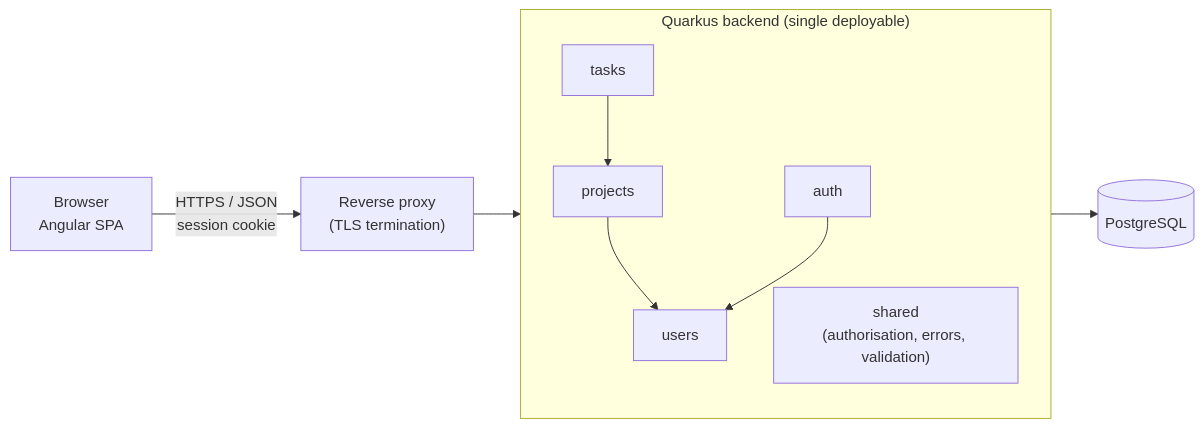
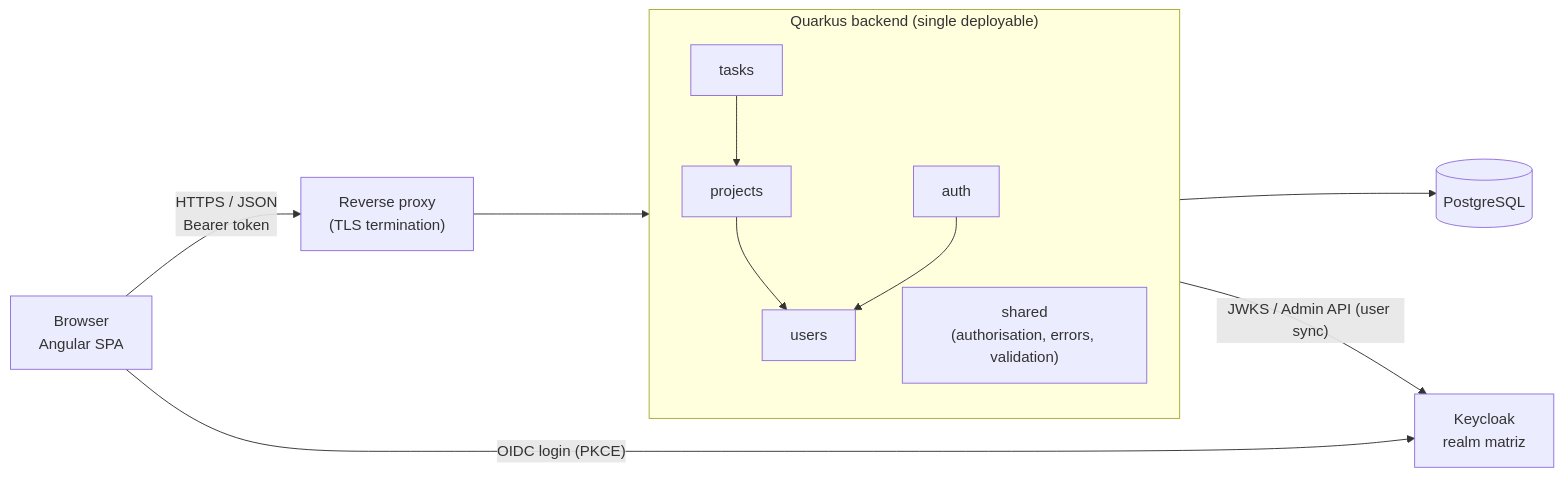
The diagram in docs/architecture.md (PHGil/matriz), drawn with Mermaid before and after one commit. The commit also changed other lines of this file and 6 other files, not shown here.

````diff
--- a/docs/architecture.md
+++ b/docs/architecture.md
@@ -45,19 +47,21 @@
 ```mermaid
 flowchart LR
-    Browser["Browser<br/>Angular SPA"] -- "HTTPS / JSON<br/>session cookie" --> Proxy["Reverse proxy<br/>(TLS termination)"]
+    Browser["Browser<br/>Angular SPA"] -- "HTTPS / JSON<br/>Bearer token" --> Proxy["Reverse proxy<br/>(TLS termination)"]
+    Browser -- "OIDC login (PKCE)" --> KC["Keycloak<br/>realm matriz"]
     Proxy --> API
 
     subgraph API["Quarkus backend (single deployable)"]
         direction TB
         Auth["auth"]
         Users["users"]
         Projects["projects"]
         Tasks["tasks"]
         Shared["shared<br/>(authorisation, errors, validation)"]
         Tasks --> Projects
         Projects --> Users
         Auth --> Users
     end
 
     API --> DB[("PostgreSQL")]
+    API -- "JWKS / Admin API (user sync)" --> KC
 ```
````
